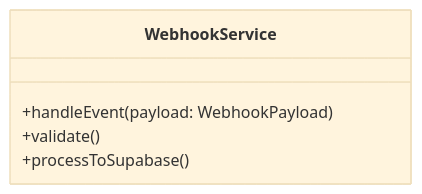
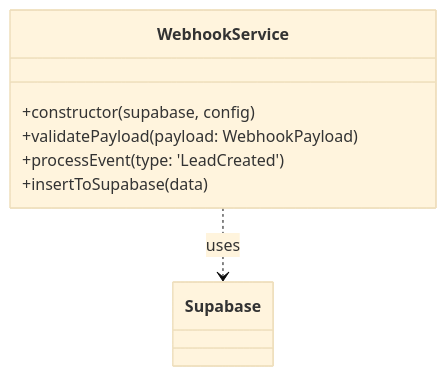
The second of 3 diagrams in .context/agents/documentation-writer.md (dchesque/caroline-cleaning), drawn with Mermaid (base theme) before and after one commit. The commit also changed other lines of this file and 21 other files, not shown here.

````diff
--- a/.context/agents/documentation-writer.md
+++ b/.context/agents/documentation-writer.md
@@ -122,8 +137,10 @@
    ```mermaid
    classDiagram
      class WebhookService {
-       +handleEvent(payload: WebhookPayload)
-       +validate()
-       +processToSupabase()
+       +constructor(supabase, config)
+       +validatePayload(payload: WebhookPayload)
+       +processEvent(type: 'LeadCreated')
+       +insertToSupabase(data)
      }
+     WebhookService ..> Supabase : uses
    ```
````
